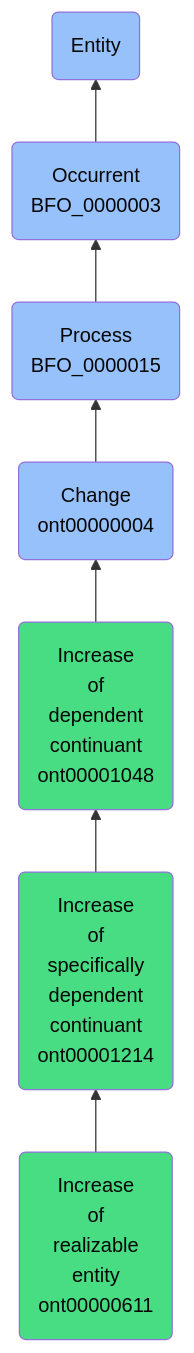
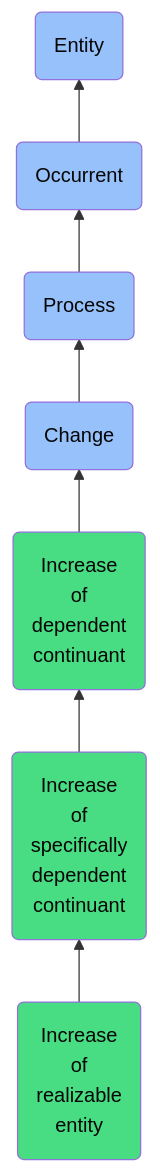
The diagram in docs/ontology/reference/model/Entity/Occurrent/Process/Change/Increase of dependent continuant/Increase of specifically dependent continuant/Increase of realizable entity/Increase of realizable entity.md (jupyter-naas/abi), drawn with Mermaid before and after one commit. The commit also changed other lines of this file and 1430 other files, not shown here.

````diff
--- a/docs/ontology/reference/model/Entity/Occurrent/Process/Change/Increase of dependent continuant/Increase of specifically dependent continuant/Increase of realizable entity/Increase of realizable entity.md
+++ b/docs/ontology/reference/model/Entity/Occurrent/Process/Change/Increase of dependent continuant/Increase of specifically dependent continuant/Increase of realizable entity/Increase of realizable entity.md
@@ -24,14 +24,14 @@
 ```mermaid
 graph BT
-    ont00000611(Increase<br>of<br>realizable<br>entity<br>ont00000611):::ABI-->ont00001214
-    ont00001214(Increase<br>of<br>specifically<br>dependent<br>continuant<br>ont00001214):::ABI-->ont00001048
-    ont00001048(Increase<br>of<br>dependent<br>continuant<br>ont00001048):::ABI-->ont00000004
-    ont00000004(Change<br>ont00000004):::BFO-->BFO_0000015
-    BFO_0000015(Process<br>BFO_0000015):::BFO-->BFO_0000003
-    BFO_0000003(Occurrent<br>BFO_0000003):::BFO-->BFO_0000001
+    ont00000611(Increase<br>of<br>realizable<br>entity):::ABI-->ont00001214
+    ont00001214(Increase<br>of<br>specifically<br>dependent<br>continuant):::ABI-->ont00001048
+    ont00001048(Increase<br>of<br>dependent<br>continuant):::ABI-->ont00000004
+    ont00000004(Change):::BFO-->BFO_0000015
+    BFO_0000015(Process):::BFO-->BFO_0000003
+    BFO_0000003(Occurrent):::BFO-->BFO_0000001
     BFO_0000001(Entity):::BFO
     
     classDef BFO fill:#97c1fb,color:#060606
     classDef CCO fill:#e4c51e,color:#060606
     classDef ABI fill:#48DD82,color:#060606
 ```
````
